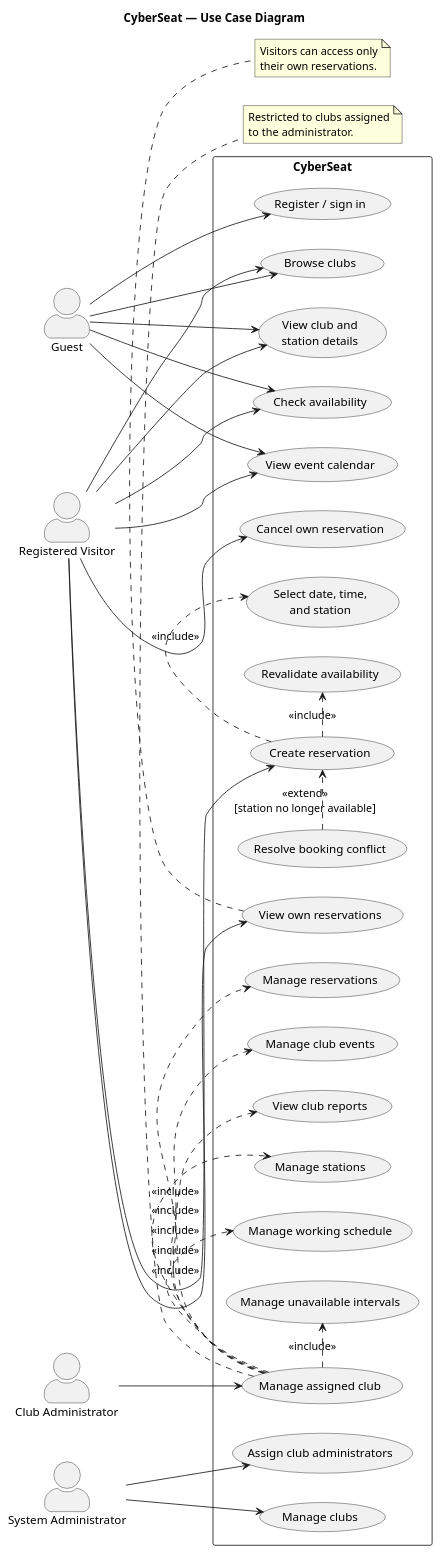
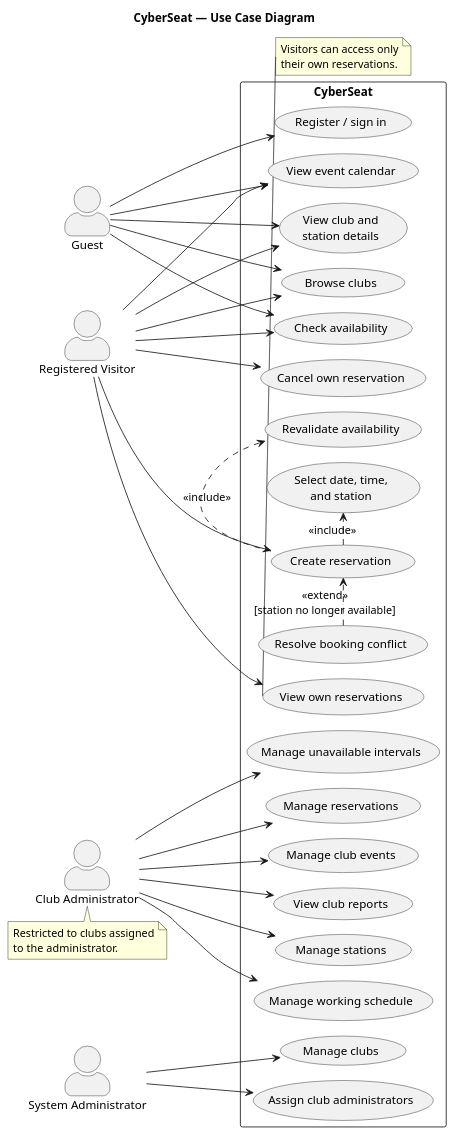
Before and after one commit to NeryBR/cyberseat-booking-system: the diagram in docs/diagrams/use-case-diagram.puml, drawn with PlantUML. The commit also changed 2 other files, not shown here.

```diff
--- a/docs/diagrams/use-case-diagram.puml
+++ b/docs/diagrams/use-case-diagram.puml
@@ -1,77 +1,76 @@
 @startuml
 title CyberSeat — Use Case Diagram
+!pragma layout smetana
 left to right direction
 skinparam packageStyle rectangle
 skinparam shadowing false
 skinparam actorStyle awesome
 
 actor Guest
 actor "Registered Visitor" as Visitor
 actor "Club Administrator" as ClubAdmin
 actor "System Administrator" as SystemAdmin
 
 rectangle "CyberSeat" {
   usecase "Browse clubs" as UC_Browse
   usecase "View club and\nstation details" as UC_Details
   usecase "Check availability" as UC_Availability
   usecase "View event calendar" as UC_Events
   usecase "Register / sign in" as UC_Auth
 
   usecase "Create reservation" as UC_Create
   usecase "Select date, time,\nand station" as UC_Select
   usecase "Revalidate availability" as UC_Revalidate
   usecase "Resolve booking conflict" as UC_Conflict
   usecase "View own reservations" as UC_Own
   usecase "Cancel own reservation" as UC_Cancel
 
-  usecase "Manage assigned club" as UC_Club
   usecase "Manage stations" as UC_Stations
   usecase "Manage working schedule" as UC_Schedule
   usecase "Manage unavailable intervals" as UC_Unavailable
   usecase "Manage reservations" as UC_Reservations
   usecase "Manage club events" as UC_ManageEvents
   usecase "View club reports" as UC_Reports
 
   usecase "Manage clubs" as UC_Clubs
   usecase "Assign club administrators" as UC_Assign
 }
 
 Guest --> UC_Browse
 Guest --> UC_Details
 Guest --> UC_Availability
 Guest --> UC_Events
 Guest --> UC_Auth
 
 Visitor --> UC_Browse
 Visitor --> UC_Details
 Visitor --> UC_Availability
 Visitor --> UC_Events
 Visitor --> UC_Create
 Visitor --> UC_Own
 Visitor --> UC_Cancel
 
 UC_Create .> UC_Select : <<include>>
 UC_Create .> UC_Revalidate : <<include>>
 UC_Conflict .> UC_Create : <<extend>>\n[station no longer available]
 
-ClubAdmin --> UC_Club
-UC_Club .> UC_Stations : <<include>>
-UC_Club .> UC_Schedule : <<include>>
-UC_Club .> UC_Unavailable : <<include>>
-UC_Club .> UC_Reservations : <<include>>
-UC_Club .> UC_ManageEvents : <<include>>
-UC_Club .> UC_Reports : <<include>>
+ClubAdmin --> UC_Stations
+ClubAdmin --> UC_Schedule
+ClubAdmin --> UC_Unavailable
+ClubAdmin --> UC_Reservations
+ClubAdmin --> UC_ManageEvents
+ClubAdmin --> UC_Reports
 
 SystemAdmin --> UC_Clubs
 SystemAdmin --> UC_Assign
 
-note bottom of UC_Club
+note bottom of ClubAdmin
   Restricted to clubs assigned
   to the administrator.
 end note
 
 note bottom of UC_Own
   Visitors can access only
   their own reservations.
 end note
 @enduml
```
